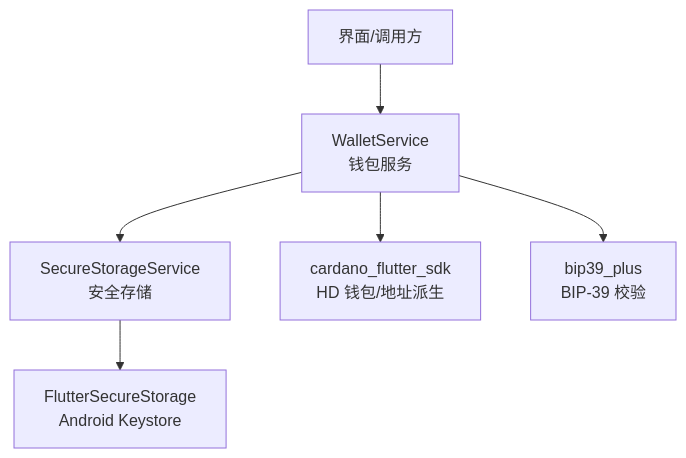
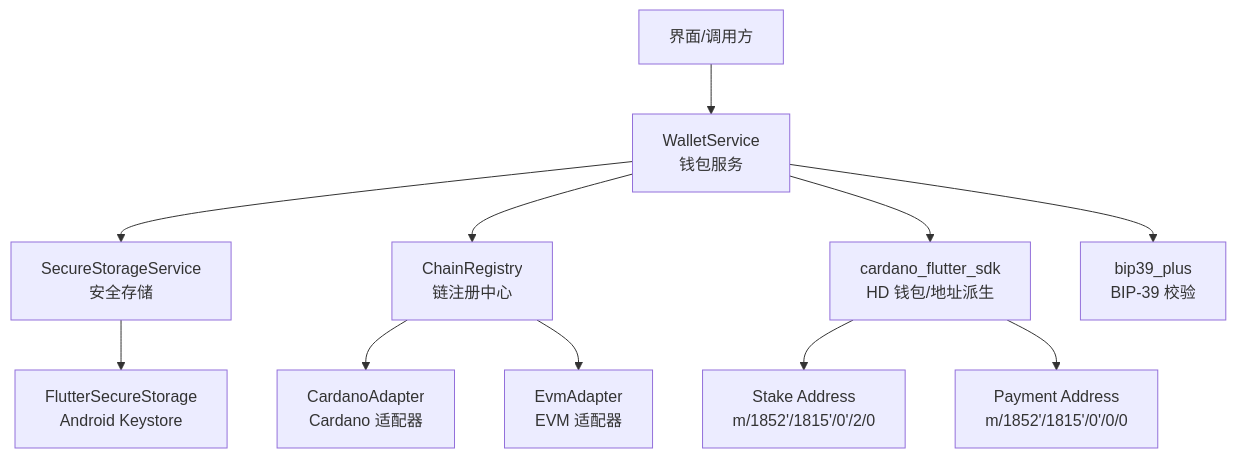
One commit to EqualToEthan/stasis changed the first of 5 diagrams in .qoder/repowiki/zh/content/核心服务/钱包管理服务.md. Above: the diagram before and after it, drawn with Mermaid. The commit also changed other lines of this file and 40 other files, not shown here.

````diff
--- a/.qoder/repowiki/zh/content/核心服务/钱包管理服务.md
+++ b/.qoder/repowiki/zh/content/核心服务/钱包管理服务.md
@@ -43,8 +65,13 @@
 ```mermaid
 graph TB
 A["界面/调用方"] --> B["WalletService<br/>钱包服务"]
 B --> C["SecureStorageService<br/>安全存储"]
-B --> D["cardano_flutter_sdk<br/>HD 钱包/地址派生"]
-B --> E["bip39_plus<br/>BIP-39 校验"]
-C --> F["FlutterSecureStorage<br/>Android Keystore"]
+B --> D["ChainRegistry<br/>链注册中心"]
+D --> E["CardanoAdapter<br/>Cardano 适配器"]
+D --> F["EvmAdapter<br/>EVM 适配器"]
+B --> G["cardano_flutter_sdk<br/>HD 钱包/地址派生"]
+B --> H["bip39_plus<br/>BIP-39 校验"]
+C --> I["FlutterSecureStorage<br/>Android Keystore"]
+G --> J["Stake Address<br/>m/1852'/1815'/0'/2/0"]
+G --> K["Payment Address<br/>m/1852'/1815'/0'/0/0"]
 ```
````
